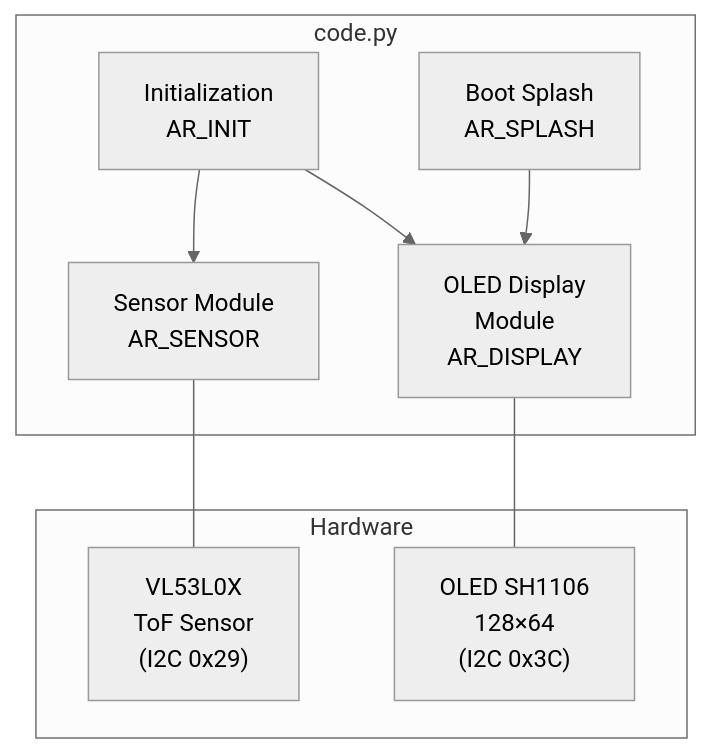
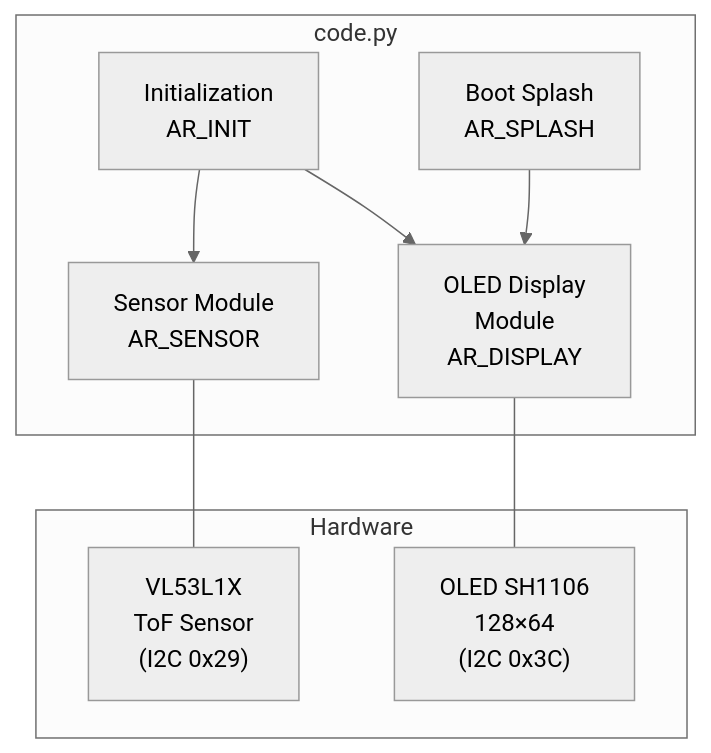
The first of 3 diagrams in .workshop/step_3/docs/architecture.rst (useblocks/demo_park_assist), drawn with Mermaid (neutral theme) before and after one commit. The commit also changed other lines of this file and 28 other files, not shown here.

```diff
--- a/.workshop/step_3/docs/architecture.rst
+++ b/.workshop/step_3/docs/architecture.rst
@@ -11,21 +11,21 @@
 .. mermaid::
 
    graph TD
        subgraph Hardware
-           VL53L0X["VL53L0X\nToF Sensor\n(I2C 0x29)"]
+           VL53L1X["VL53L1X\nToF Sensor\n(I2C 0x29)"]
            OLED["OLED SH1106\n128×64\n(I2C 0x3C)"]
        end
 
        subgraph code.py
            INIT["Initialization\nAR_INIT"]
            BOOT["Boot Splash\nAR_SPLASH"]
            SENSOR["Sensor Module\nAR_SENSOR"]
            DISPLAY["OLED Display\nModule\nAR_DISPLAY"]
        end
 
        INIT --> SENSOR
        INIT --> DISPLAY
        BOOT --> DISPLAY
 
-       SENSOR --- VL53L0X
+       SENSOR --- VL53L1X
        DISPLAY --- OLED
```
